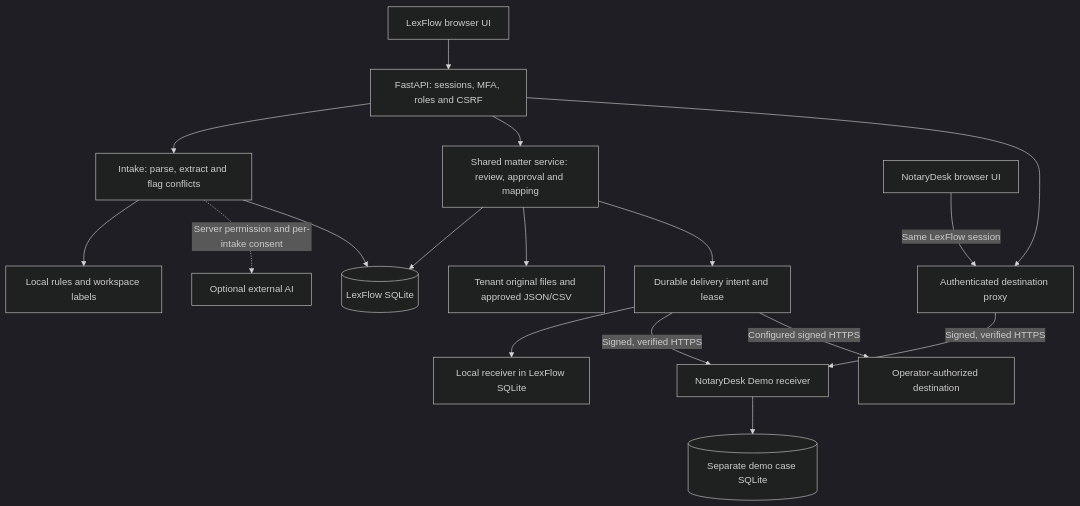
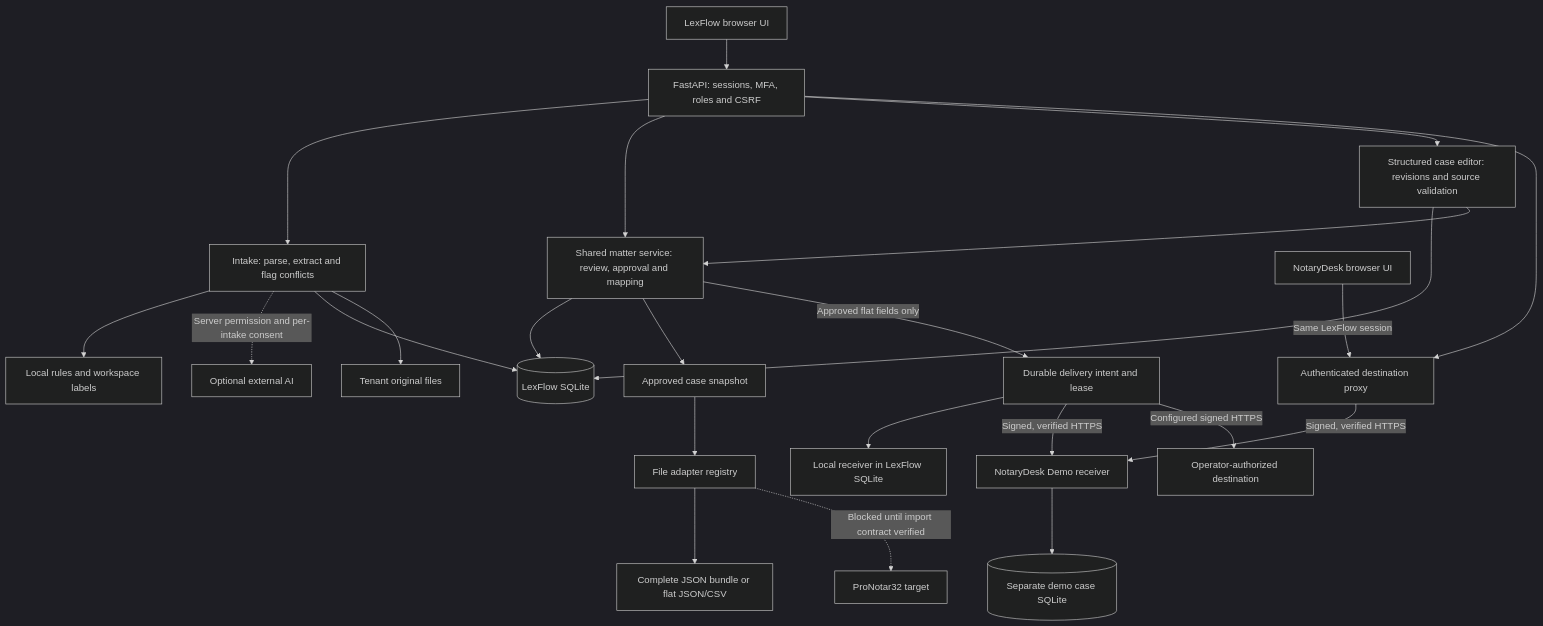
The first of 2 diagrams in docs/ARCHITECTURE.md (BernardAli/Lexflow-B), drawn with Mermaid (dark theme) before and after one commit. The commit also changed other lines of this file and 32 other files, not shown here.

````diff
--- a/docs/ARCHITECTURE.md
+++ b/docs/ARCHITECTURE.md
@@ -7,19 +13,26 @@
 ```mermaid
 flowchart TD
     Browser[LexFlow browser UI] --> API[FastAPI: sessions, MFA, roles and CSRF]
     API --> Intake[Intake: parse, extract and flag conflicts]
     Intake --> Rules[Local rules and workspace labels]
     Intake -. Server permission and per-intake consent .-> AI[Optional external AI]
     API --> Review[Shared matter service: review, approval and mapping]
+    API --> CaseData[Structured case editor: revisions and source validation]
+    CaseData --> DB
+    CaseData --> Review
     Review --> DB[(LexFlow SQLite)]
     Intake --> DB
-    Review --> Files[Tenant original files and approved JSON/CSV]
-    Review --> Outbox[Durable delivery intent and lease]
+    Intake --> Originals[Tenant original files]
+    Review --> Snapshot[Approved case snapshot]
+    Snapshot --> Adapters[File adapter registry]
+    Adapters --> Files[Complete JSON bundle or flat JSON/CSV]
+    Adapters -. Blocked until import contract verified .-> ProNotar[ProNotar32 target]
+    Review -->|Approved flat fields only| Outbox[Durable delivery intent and lease]
     Outbox --> Local[Local receiver in LexFlow SQLite]
     Outbox -->|Signed, verified HTTPS| Notary[NotaryDesk Demo receiver]
     Outbox -->|Configured signed HTTPS| Vendor[Operator-authorized destination]
     Notary --> Cases[(Separate demo case SQLite)]
     Desk[NotaryDesk browser UI] -->|Same LexFlow session| Proxy[Authenticated destination proxy]
     API --> Proxy
     Proxy -->|Signed, verified HTTPS| Notary
 ```
````
